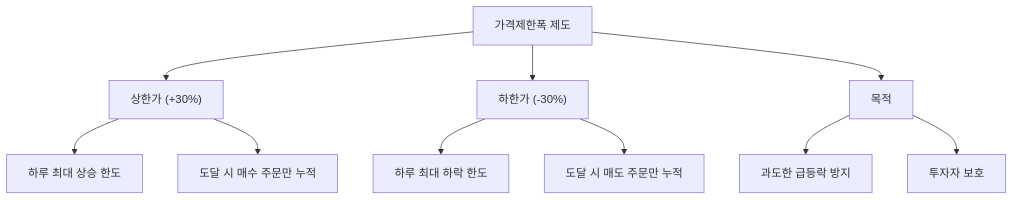
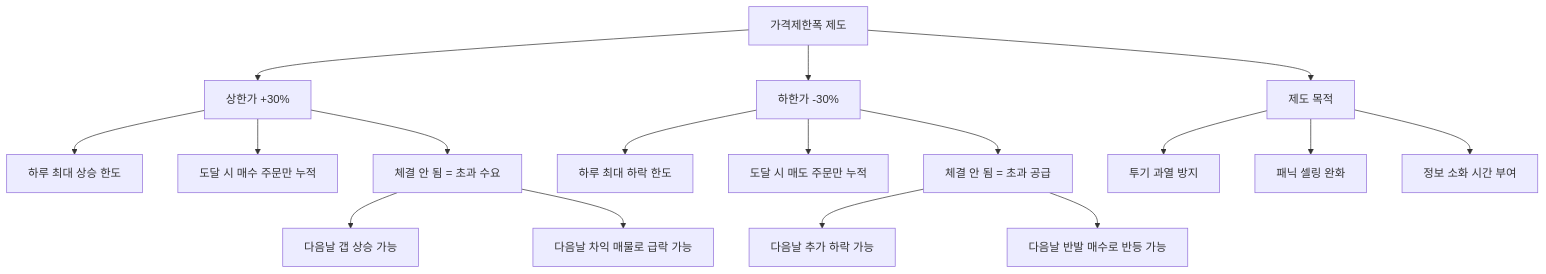
Before and after one commit to yeongseon/stock-visual-note: the diagram in content/stock-terms/ko/level-01-basic/upper-limit.md, drawn with Mermaid. The commit also changed other lines of this file, not shown here.

````diff
--- a/content/stock-terms/ko/level-01-basic/upper-limit.md
+++ b/content/stock-terms/ko/level-01-basic/upper-limit.md
@@ -48,12 +50,23 @@
 ```mermaid
 graph TD
-    A["가격제한폭 제도"] --> B["상한가 (+30%)"]
-    A --> C["하한가 (-30%)"]
-    A --> D["목적"]
+    A["가격제한폭 제도"] --> B["상한가 +30%"]
+    A --> C["하한가 -30%"]
+    A --> D["제도 목적"]
+
     B --> B1["하루 최대 상승 한도"]
     B --> B2["도달 시 매수 주문만 누적"]
+    B --> B3["체결 안 됨 = 초과 수요"]
+
     C --> C1["하루 최대 하락 한도"]
     C --> C2["도달 시 매도 주문만 누적"]
-    D --> D1["과도한 급등락 방지"]
-    D --> D2["투자자 보호"]
+    C --> C3["체결 안 됨 = 초과 공급"]
+
+    D --> D1["투기 과열 방지"]
+    D --> D2["패닉 셀링 완화"]
+    D --> D3["정보 소화 시간 부여"]
+
+    B3 --> E["다음날 갭 상승 가능"]
+    B3 --> F["다음날 차익 매물로 급락 가능"]
+    C3 --> G["다음날 추가 하락 가능"]
+    C3 --> H["다음날 반발 매수로 반등 가능"]
 ```
````
